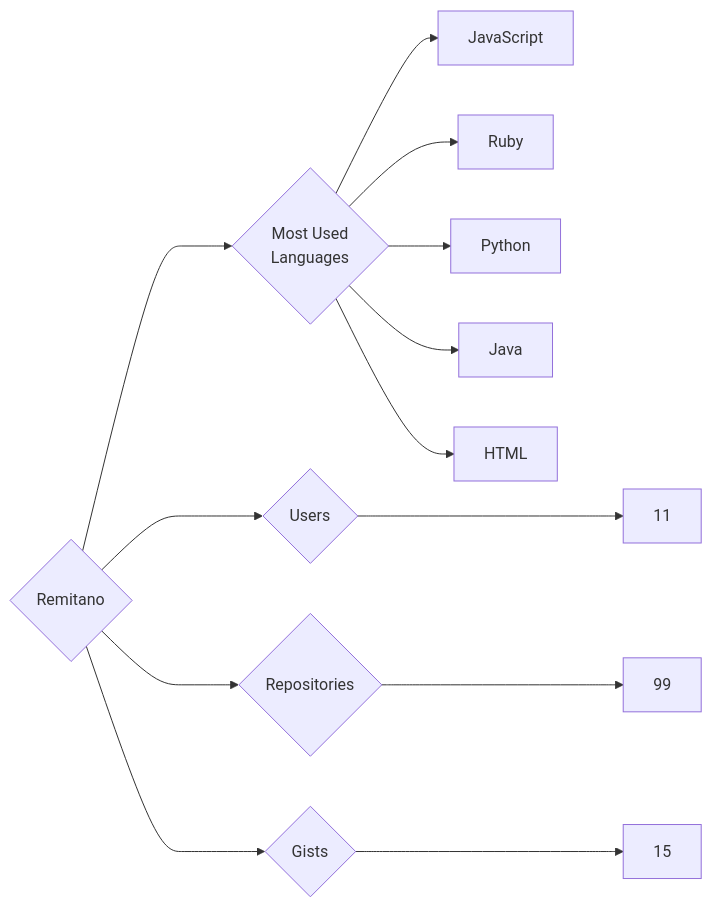
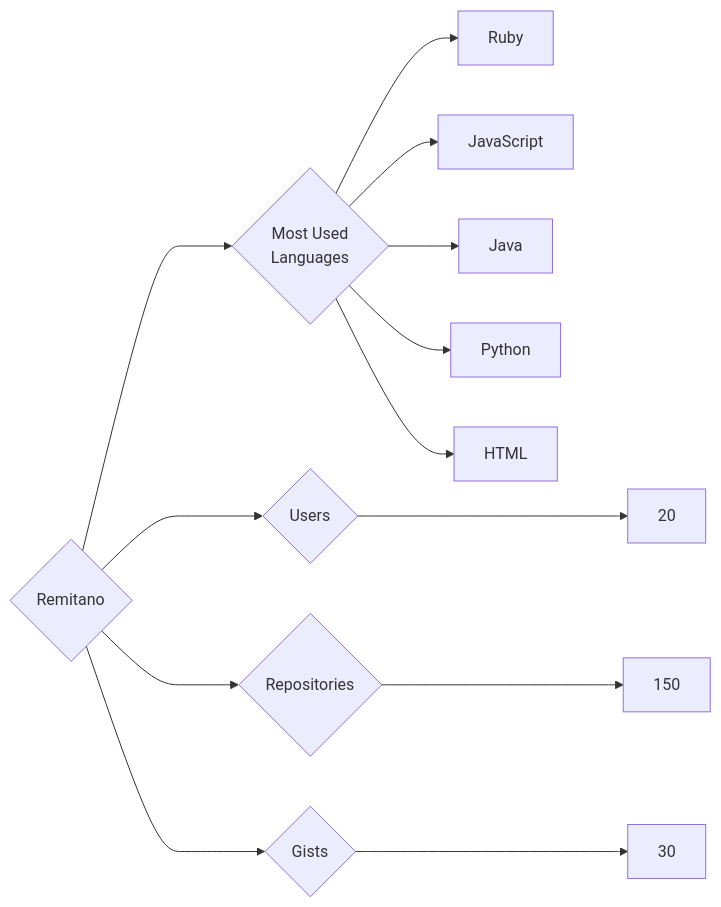
Before and after one commit to trickest/insiders: the diagram in targets/Remitano/README.md, drawn with Mermaid. The commit also changed 839 other files, not shown here.

````diff
--- a/targets/Remitano/README.md
+++ b/targets/Remitano/README.md
@@ -3,13 +3,13 @@
 ```mermaid
 graph LR
 COMPANY_NAME{Remitano}
-COMPANY_NAME ---> U{Users} ---> UN[11]
-COMPANY_NAME ---> R{Repositories} ---> RN[99]
-COMPANY_NAME ---> G{Gists} ---> GN[15]
+COMPANY_NAME ---> U{Users} ---> UN[20]
+COMPANY_NAME ---> R{Repositories} ---> RN[150]
+COMPANY_NAME ---> G{Gists} ---> GN[30]
 COMPANY_NAME ---> ML{Most Used<br>Languages}
+ML --> Ruby[Ruby]
 ML --> JavaScript[JavaScript]
-ML --> Ruby[Ruby]
+ML --> Java[Java]
 ML --> Python[Python]
-ML --> Java[Java]
 ML --> HTML[HTML]
 ```
````
